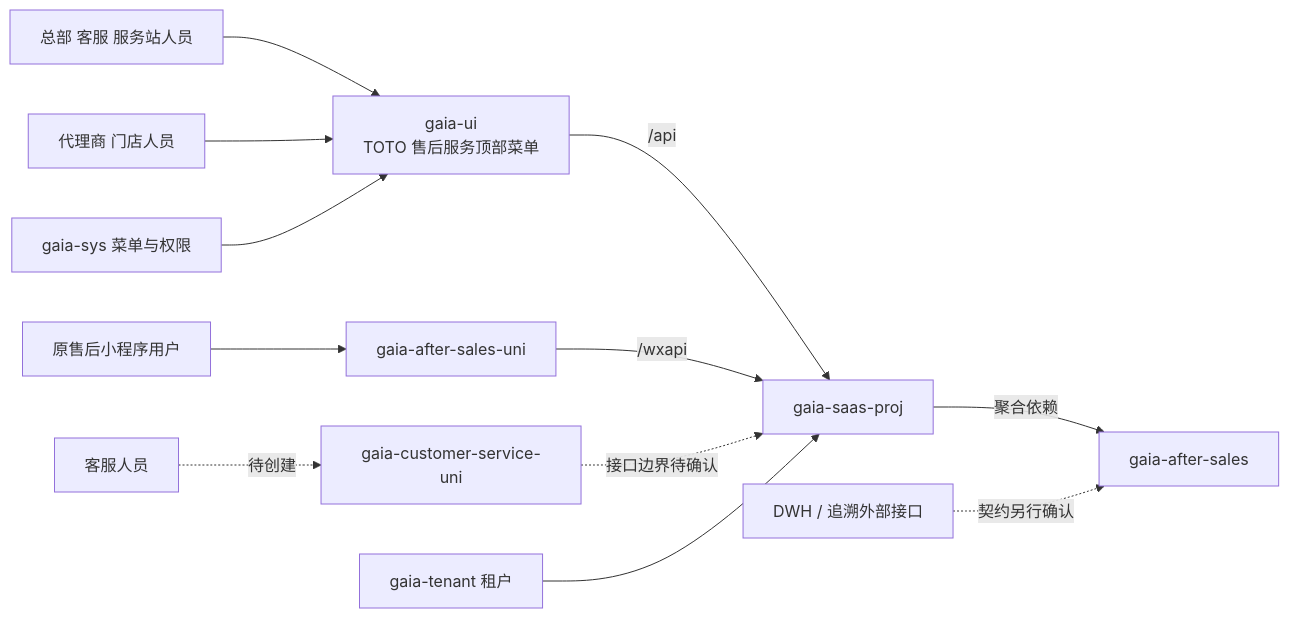
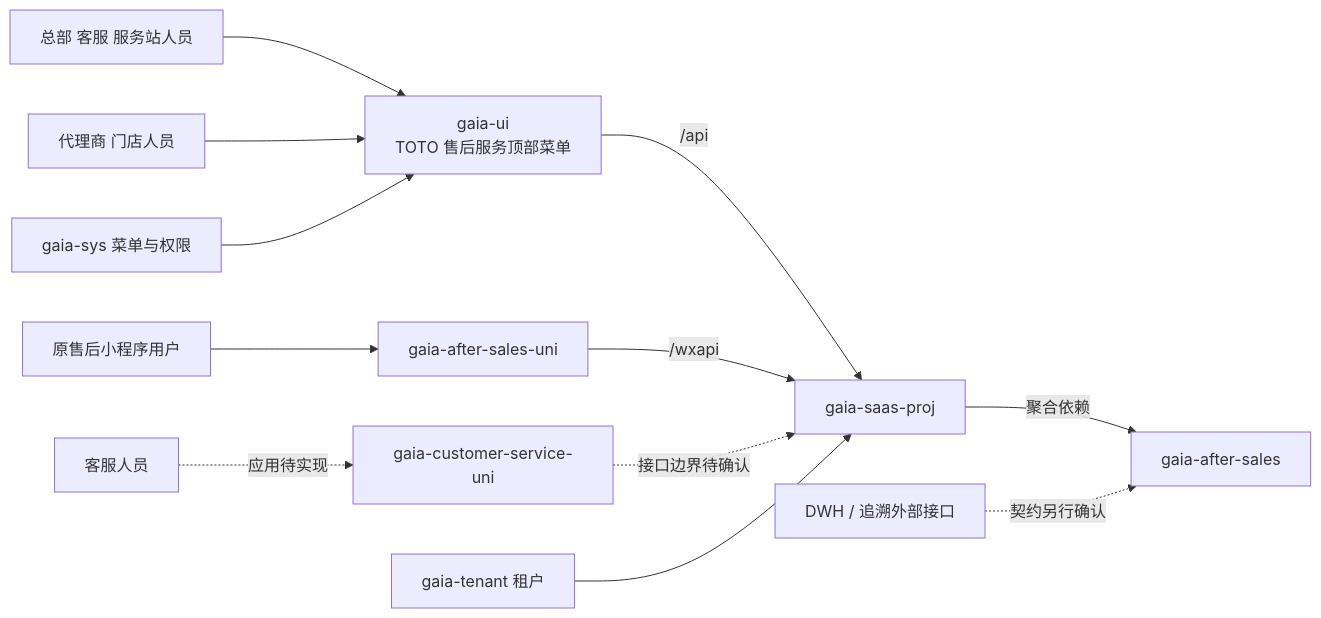
One commit to zhiyuan23/toto-after-sales-docs changed the diagram in 00-项目资料/02-仓库与系统关系.md. Above: the diagram before and after it, drawn with Mermaid. The commit also changed other lines of this file and 9 other files, not shown here.

````diff
--- a/00-项目资料/02-仓库与系统关系.md
+++ b/00-项目资料/02-仓库与系统关系.md
@@ -7,14 +7,14 @@
 ```mermaid
 flowchart LR
   ADMIN["总部 客服 服务站人员"] --> UI["gaia-ui\nTOTO 售后服务顶部菜单"]
   DEALER["代理商 门店人员"] --> UI
   CONSUMER["原售后小程序用户"] --> MINI["gaia-after-sales-uni"]
-  SERVICE["客服人员"] -.待创建.-> CSMINI["gaia-customer-service-uni"]
+  SERVICE["客服人员"] -.应用待实现.-> CSMINI["gaia-customer-service-uni"]
   UI -->|/api| HOST["gaia-saas-proj"]
   MINI -->|/wxapi| HOST
   CSMINI -.->|接口边界待确认| HOST
   HOST -->|聚合依赖| AFTER["gaia-after-sales"]
   SYS["gaia-sys 菜单与权限"] --> UI
   TENANT["gaia-tenant 租户"] --> HOST
   EXT["DWH / 追溯外部接口"] -.契约另行确认.-> AFTER
 ```
````
